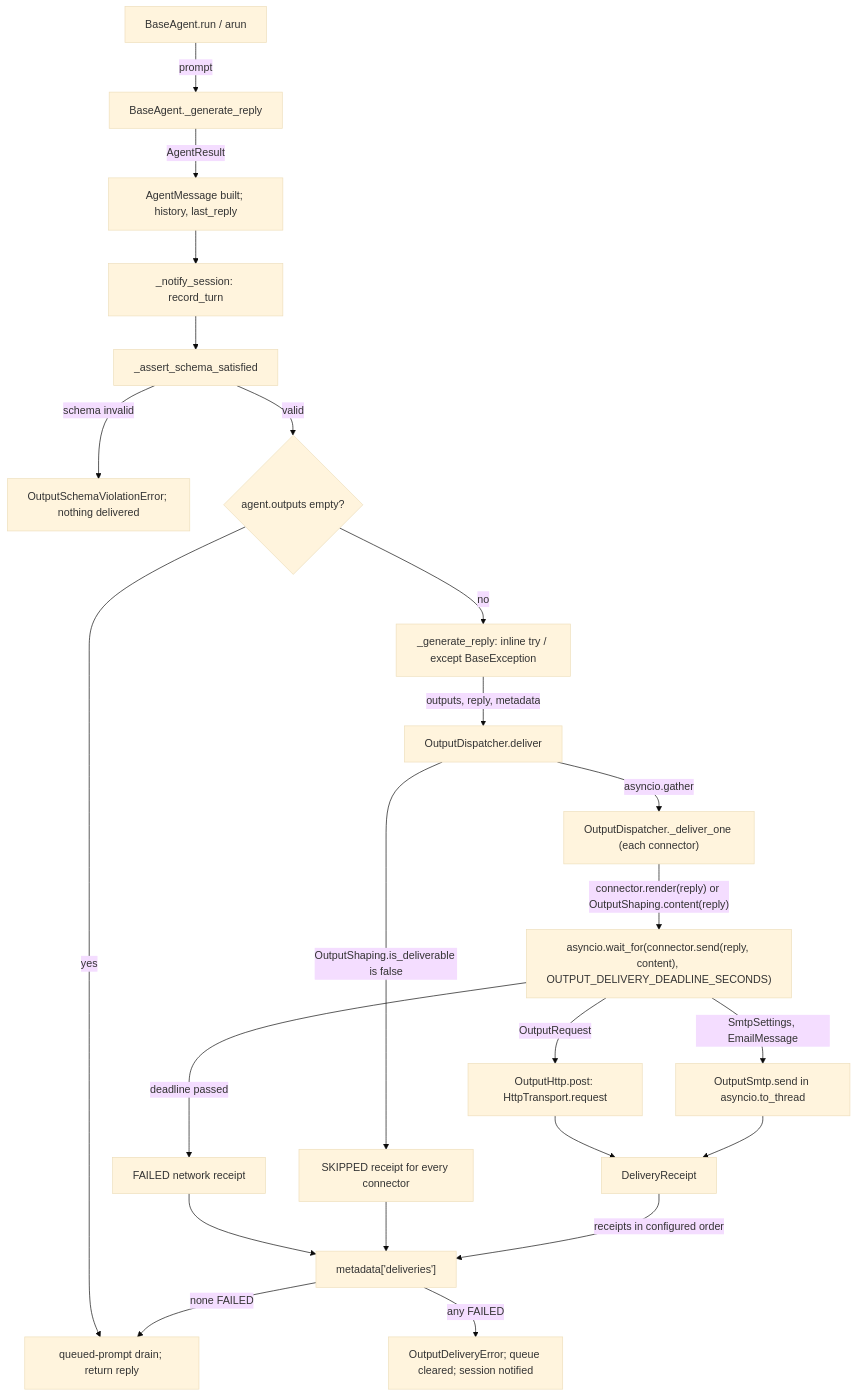
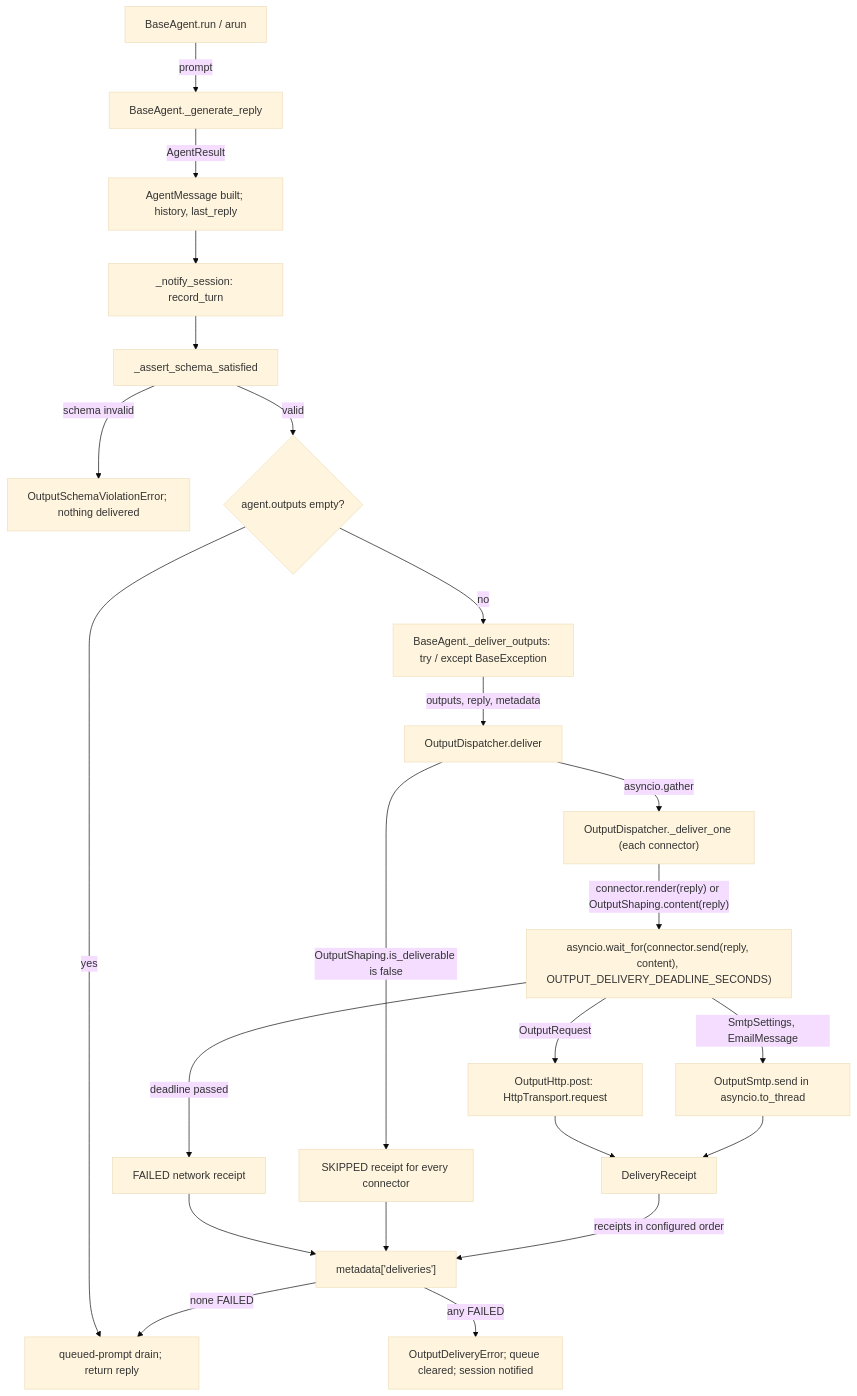
The first of 2 diagrams in docs/spec/agent-output-connectors/spec.md (cerredz/Vidbyte-SDK), drawn with Mermaid (base theme) before and after one commit. The commit also changed other lines of this file and 1 other file, not shown here.

First line of the commit message:
docs(spec): revise agent-output-connectors spec r5 (S008 forces _deliver_outputs; lint-forced renames)

````diff
--- a/docs/spec/agent-output-connectors/spec.md
+++ b/docs/spec/agent-output-connectors/spec.md
@@ -132,25 +132,25 @@
 ```mermaid
 flowchart TD
   A["BaseAgent.run / arun"] -->|prompt| B["BaseAgent._generate_reply"]
   B -->|AgentResult| C["AgentMessage built; history, last_reply"]
   C --> D["_notify_session: record_turn"]
   D --> E["_assert_schema_satisfied"]
   E -->|schema invalid| X["OutputSchemaViolationError; nothing delivered"]
   E -->|valid| F{"agent.outputs empty?"}
   F -->|yes| Q["queued-prompt drain; return reply"]
-  F -->|no| G["_generate_reply: inline try / except BaseException"]
+  F -->|no| G["BaseAgent._deliver_outputs: try / except BaseException"]
   G -->|outputs, reply, metadata| H["OutputDispatcher.deliver"]
   H -->|"OutputShaping.is_deliverable is false"| S["SKIPPED receipt for every connector"]
   H -->|"asyncio.gather"| I["OutputDispatcher._deliver_one (each connector)"]
   I -->|"connector.render(reply) or OutputShaping.content(reply)"| J["asyncio.wait_for(connector.send(reply, content), OUTPUT_DELIVERY_DEADLINE_SECONDS)"]
   J -->|"deadline passed"| T["FAILED network receipt"]
   J -->|OutputRequest| K["OutputHttp.post: HttpTransport.request"]
   J -->|SmtpSettings, EmailMessage| L["OutputSmtp.send in asyncio.to_thread"]
   K --> R["DeliveryReceipt"]
   L --> R
   T --> M
   S --> M
   R -->|receipts in configured order| M["metadata['deliveries']"]
   M -->|any FAILED| N["OutputDeliveryError; queue cleared; session notified"]
   M -->|none FAILED| Q
 ```
````
